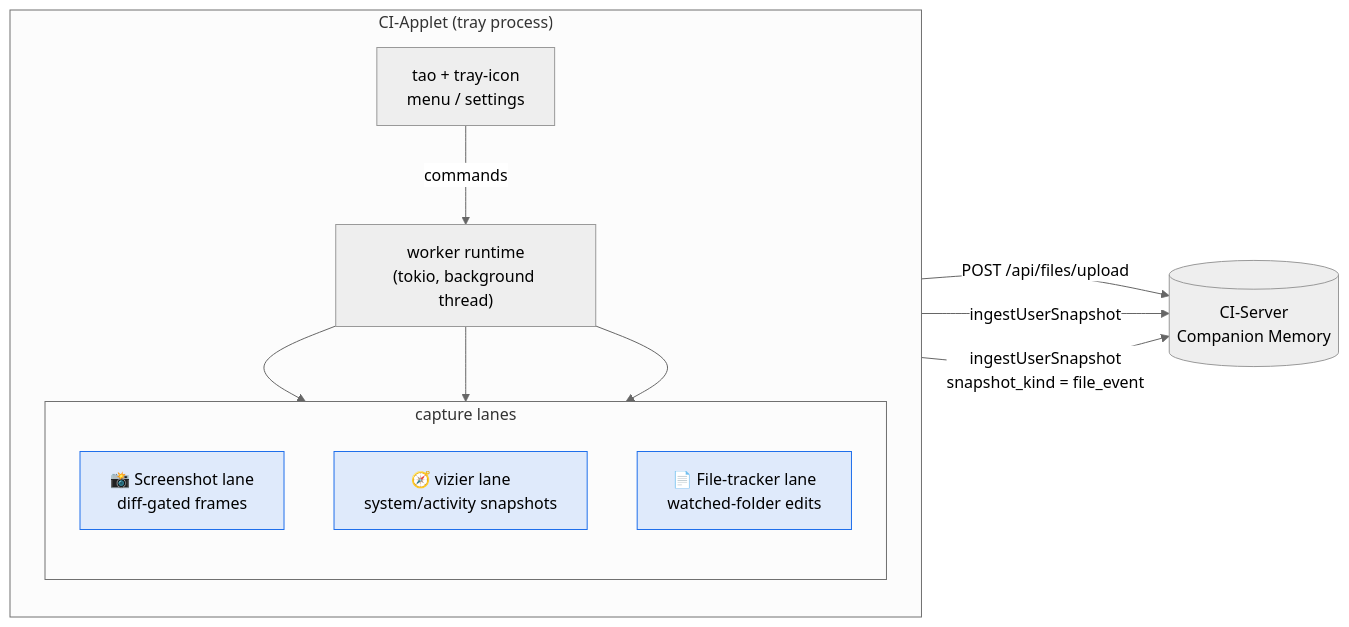
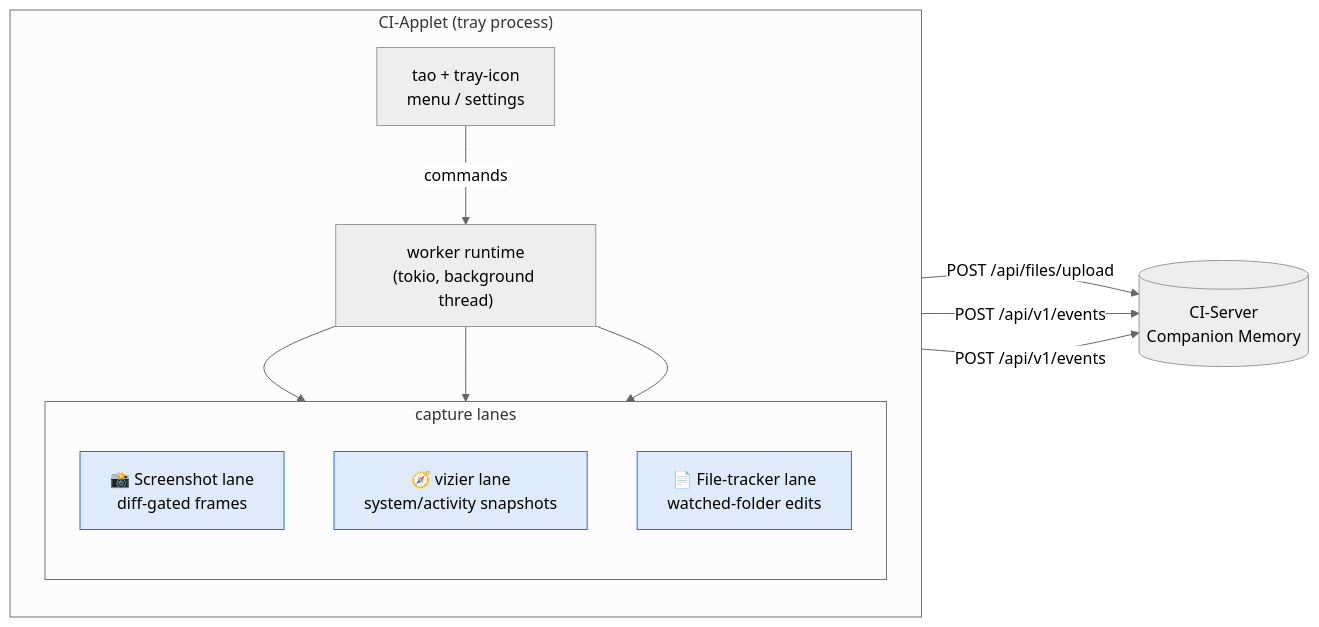
Before and after one commit to companionintelligence/CI-Capture: the first of 6 diagrams in docs/architecture.md, drawn with Mermaid (neutral theme). The commit also changed other lines of this file and 22 other files, not shown here.

````diff
--- a/docs/architecture.md
+++ b/docs/architecture.md
@@ -17,25 +17,25 @@
 ```mermaid
 flowchart LR
     subgraph Applet["CI-Applet (tray process)"]
         direction TB
         TRAY["tao + tray-icon<br/>menu / settings"]
         WORKER["worker runtime<br/>(tokio, background thread)"]
         TRAY -- commands --> WORKER
         subgraph Lanes["capture lanes"]
             direction TB
             SHOT["📸 Screenshot lane<br/>diff-gated frames"]
             VIZ["🧭 vizier lane<br/>system/activity snapshots"]
             FILE["📄 File-tracker lane<br/>watched-folder edits"]
         end
         WORKER --> SHOT & VIZ & FILE
     end
 
     SHOT  -->|"POST /api/files/upload"| CI
-    VIZ   -->|"ingestUserSnapshot"| CI
-    FILE  -->|"ingestUserSnapshot<br/>snapshot_kind = file_event"| CI
+    VIZ   -->|"POST /api/v1/events"| CI
+    FILE  -->|"POST /api/v1/events"| CI
 
     CI[("CI-Server<br/>Companion Memory")]
 
     classDef lane fill:#1f6feb22,stroke:#1f6feb;
     class SHOT,VIZ,FILE lane;
 ```
````
